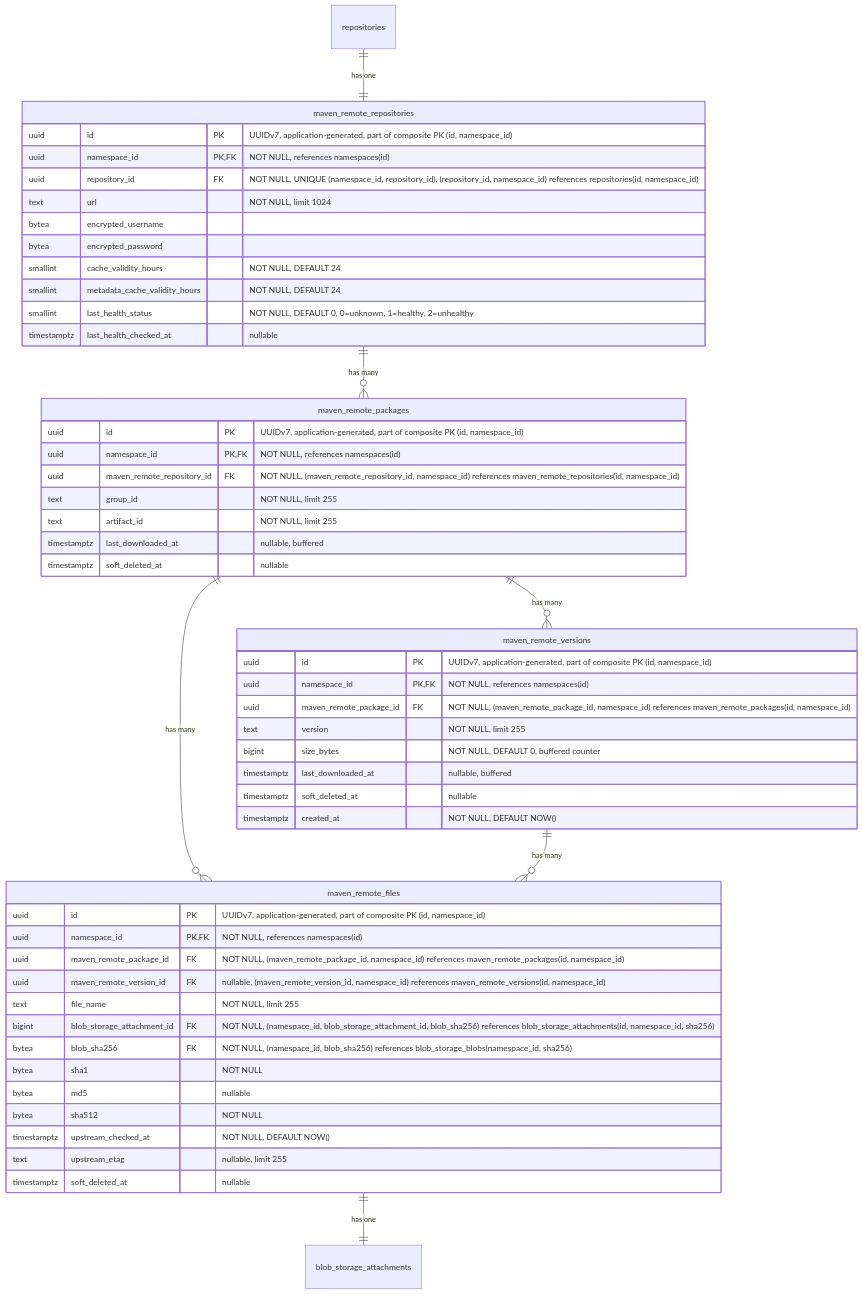
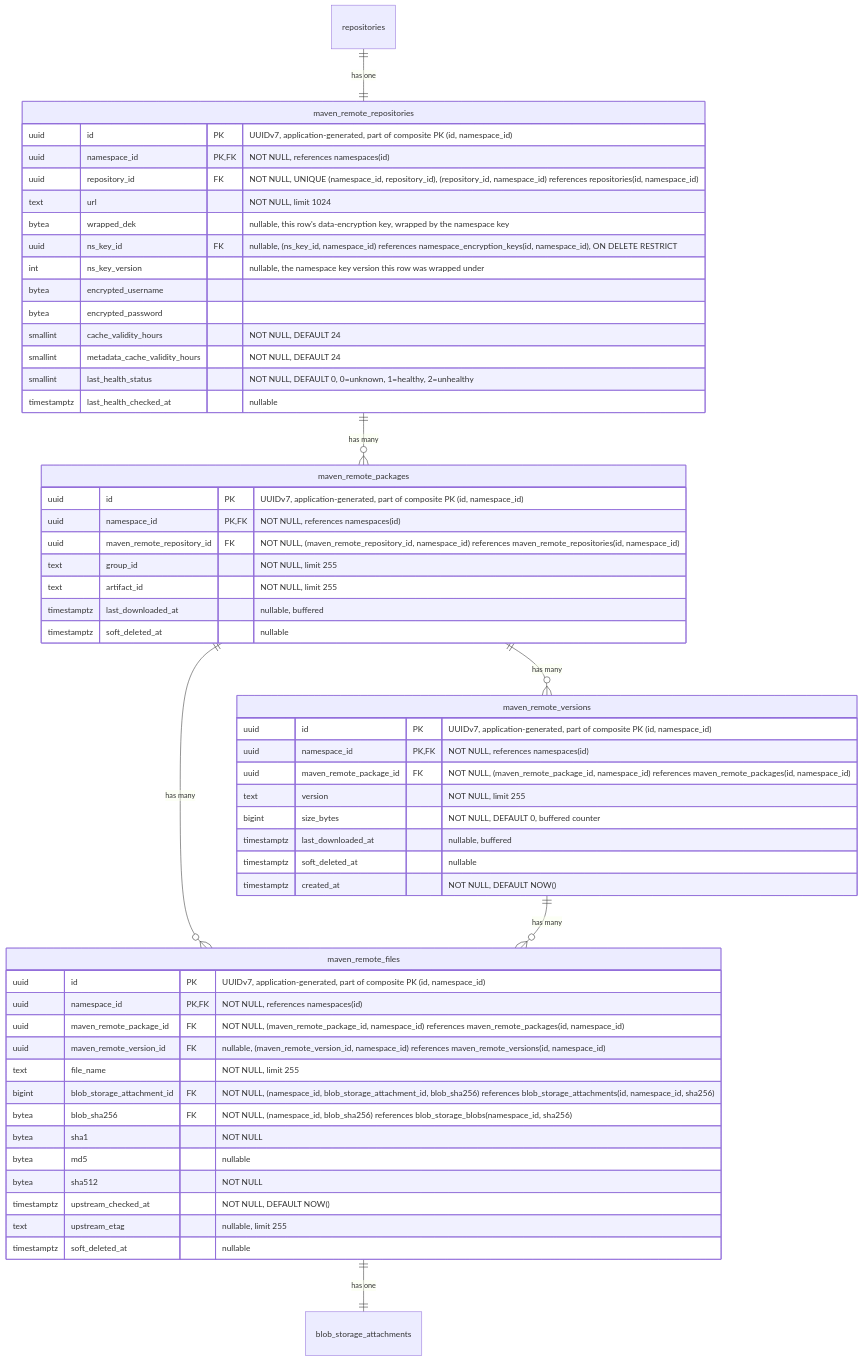
One commit to kyama0/gitlab-handbook-ja changed diagram 12 of 20 in content/handbook/engineering/architecture/design-documents/artifact_registry/decisions/007_database_schema.md. Above: the diagram before and after it, drawn with Mermaid. The commit also changed other lines of this file and 1 other file, not shown here.

````diff
--- a/content/handbook/engineering/architecture/design-documents/artifact_registry/decisions/007_database_schema.md
+++ b/content/handbook/engineering/architecture/design-documents/artifact_registry/decisions/007_database_schema.md
@@ -929,59 +968,62 @@
 ```mermaid
 erDiagram
     repositories ||--|| maven_remote_repositories : "has one"
     maven_remote_repositories ||--o{ maven_remote_packages : "has many"
     maven_remote_packages ||--o{ maven_remote_versions : "has many"
     maven_remote_packages ||--o{ maven_remote_files : "has many"
     maven_remote_versions ||--o{ maven_remote_files : "has many"
     maven_remote_files ||--|| blob_storage_attachments : "has one"
 
     maven_remote_repositories {
         uuid id PK "UUIDv7, application-generated, part of composite PK (id, namespace_id)"
         uuid namespace_id PK,FK "NOT NULL, references namespaces(id)"
         uuid repository_id FK "NOT NULL, UNIQUE (namespace_id, repository_id), (repository_id, namespace_id) references repositories(id, namespace_id)"
         text url "NOT NULL, limit 1024"
+        bytea wrapped_dek "nullable, this row's data-encryption key, wrapped by the namespace key"
+        uuid ns_key_id FK "nullable, (ns_key_id, namespace_id) references namespace_encryption_keys(id, namespace_id), ON DELETE RESTRICT"
+        int ns_key_version "nullable, the namespace key version this row was wrapped under"
         bytea encrypted_username
         bytea encrypted_password
         smallint cache_validity_hours "NOT NULL, DEFAULT 24"
         smallint metadata_cache_validity_hours "NOT NULL, DEFAULT 24"
         smallint last_health_status "NOT NULL, DEFAULT 0, 0=unknown, 1=healthy, 2=unhealthy"
         timestamptz last_health_checked_at "nullable"
     }
 
     maven_remote_packages {
         uuid id PK "UUIDv7, application-generated, part of composite PK (id, namespace_id)"
         uuid namespace_id PK,FK "NOT NULL, references namespaces(id)"
         uuid maven_remote_repository_id FK "NOT NULL, (maven_remote_repository_id, namespace_id) references maven_remote_repositories(id, namespace_id)"
         text group_id "NOT NULL, limit 255"
         text artifact_id "NOT NULL, limit 255"
         timestamptz last_downloaded_at "nullable, buffered"
         timestamptz soft_deleted_at "nullable"
     }
 
     maven_remote_versions {
         uuid id PK "UUIDv7, application-generated, part of composite PK (id, namespace_id)"
         uuid namespace_id PK,FK "NOT NULL, references namespaces(id)"
         uuid maven_remote_package_id FK "NOT NULL, (maven_remote_package_id, namespace_id) references maven_remote_packages(id, namespace_id)"
         text version "NOT NULL, limit 255"
         bigint size_bytes "NOT NULL, DEFAULT 0, buffered counter"
         timestamptz last_downloaded_at "nullable, buffered"
         timestamptz soft_deleted_at "nullable"
         timestamptz created_at "NOT NULL, DEFAULT NOW()"
     }
 
     maven_remote_files {
         uuid id PK "UUIDv7, application-generated, part of composite PK (id, namespace_id)"
         uuid namespace_id PK,FK "NOT NULL, references namespaces(id)"
         uuid maven_remote_package_id FK "NOT NULL, (maven_remote_package_id, namespace_id) references maven_remote_packages(id, namespace_id)"
         uuid maven_remote_version_id FK "nullable, (maven_remote_version_id, namespace_id) references maven_remote_versions(id, namespace_id)"
         text file_name "NOT NULL, limit 255"
         bigint blob_storage_attachment_id FK "NOT NULL, (namespace_id, blob_storage_attachment_id, blob_sha256) references blob_storage_attachments(id, namespace_id, sha256)"
         bytea blob_sha256 FK "NOT NULL, (namespace_id, blob_sha256) references blob_storage_blobs(namespace_id, sha256)"
         bytea sha1 "NOT NULL"
         bytea md5 "nullable"
         bytea sha512 "NOT NULL"
         timestamptz upstream_checked_at "NOT NULL, DEFAULT NOW()"
         text upstream_etag "nullable, limit 255"
         timestamptz soft_deleted_at "nullable"
     }
 ```
````
